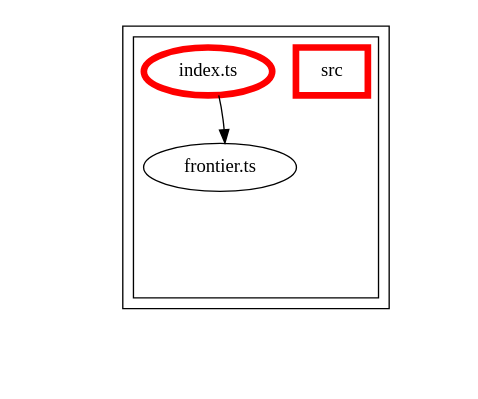
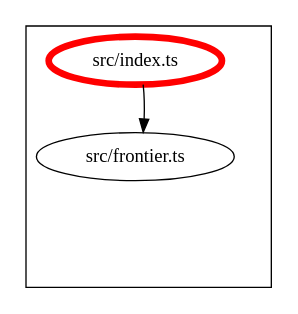
The diagram in packages/alfa-frontier/docs/dependency-graph.dot (Siteimprove/alfa-integrations), drawn with Graphviz before and after one commit. The commit also changed 88 other files, not shown here.

```diff
--- a/packages/alfa-frontier/docs/dependency-graph.dot
+++ b/packages/alfa-frontier/docs/dependency-graph.dot
@@ -1,65 +1,32 @@
-digraph "dependency-graph-[object Object]" {
+digraph "dependency-graph-@siteimprove/alfa-frontier" {
   compound = true;
-  "dependency-graph-[object Object]" [
-    style = "invis";
-  ];
   "src/frontier.ts";
   subgraph "cluster_src" {
     color = "#000000";
     label = "";
-    "name_src" [
+    "src/index.ts" [
+      label = "src/index.ts";
+      color = "#ff0000";
       penwidth = 5;
-      shape = "rectangle";
-      color = "#ff0000";
-      label = "src";
     ];
     "exit_src" [
       style = "invis";
     ];
-    subgraph "cluster_src" {
-      color = "#000000";
-      label = "";
-      "name_src" [
-        penwidth = 5;
-        shape = "rectangle";
-        color = "#ff0000";
-        label = "src";
-      ];
-      "exit_src" [
-        style = "invis";
-      ];
-      "src/frontier.ts" [
-        label = "frontier.ts";
-      ];
-      "src/index.ts" [
-        label = "index.ts";
-        color = "#ff0000";
-        penwidth = 5;
-      ];
-      "src/frontier.ts" -> "exit_src" [
-        style = "invis";
-      ];
-      "src/index.ts" -> "exit_src" [
-        style = "invis";
-      ];
-    }
-    "exit_src" -> "exit_src" [
+    "src/frontier.ts" [
+      label = "src/frontier.ts";
+    ];
+    "src/index.ts" -> "exit_src" [
       style = "invis";
     ];
-    "exit_src" -> "exit_src" [
+    "src/frontier.ts" -> "exit_src" [
       style = "invis";
     ];
   }
-  "exit_src" -> "dependency-graph-[object Object]" [
-    style = "invis";
-  ];
   "src/index.ts" -> "src/frontier.ts" [
     style = "invis";
   ];
   "src/index.ts" -> "src/frontier.ts" [
     style = "solid";
-    ltail = "cluster_src/index.ts";
-    lhead = "cluster_src/frontier.ts";
     color = "black";
   ];
 }
```
